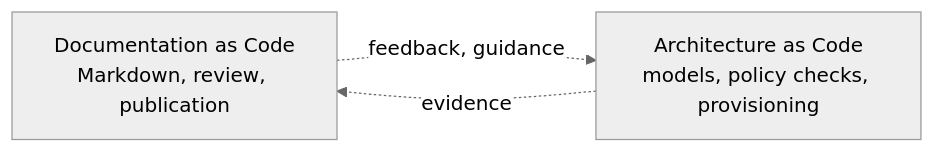
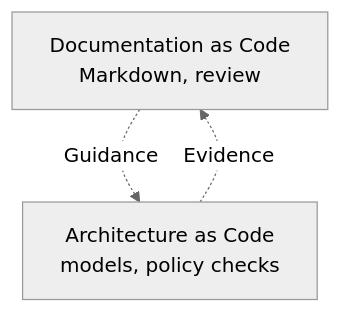
One commit to Geonitab/architecture_as_code changed the diagram in docs/images/diagram_22_tool_alignment.mmd. Above: the diagram before and after it, drawn with Mermaid (neutral theme). The commit also changed 165 other files, not shown here.

First line of the commit message:
Readable diagrams, a check that measures them, and the rules in the guides

```diff
--- a/docs/images/diagram_22_tool_alignment.mmd
+++ b/docs/images/diagram_22_tool_alignment.mmd
@@ -1,8 +1,8 @@
 %% Documentation and architecture alignment feedback loop
 %% Maintains the textual source for Figure 22.3.
 
-flowchart LR
-    Docs["Documentation as Code<br/>Markdown, review, publication"]:::geon-highlight
-    Models["Architecture as Code<br/>models, policy checks, provisioning"]:::geon-primary
-    Docs -. "feedback, guidance" .-> Models
-    Models -. "evidence" .-> Docs
+flowchart TB
+    Docs["Documentation as Code<br/>Markdown, review"]:::geon-highlight
+    Models["Architecture as Code<br/>models, policy checks"]:::geon-primary
+    Docs -. "Guidance" .-> Models
+    Models -. "Evidence" .-> Docs
```
